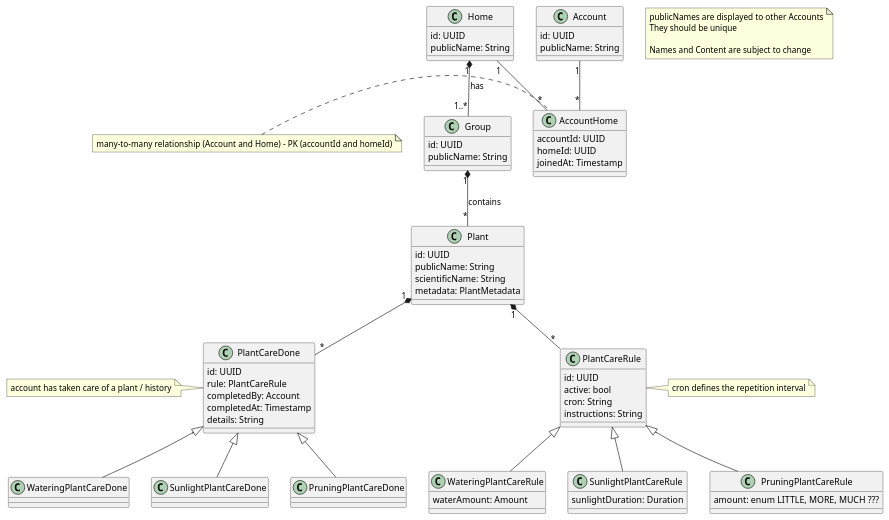
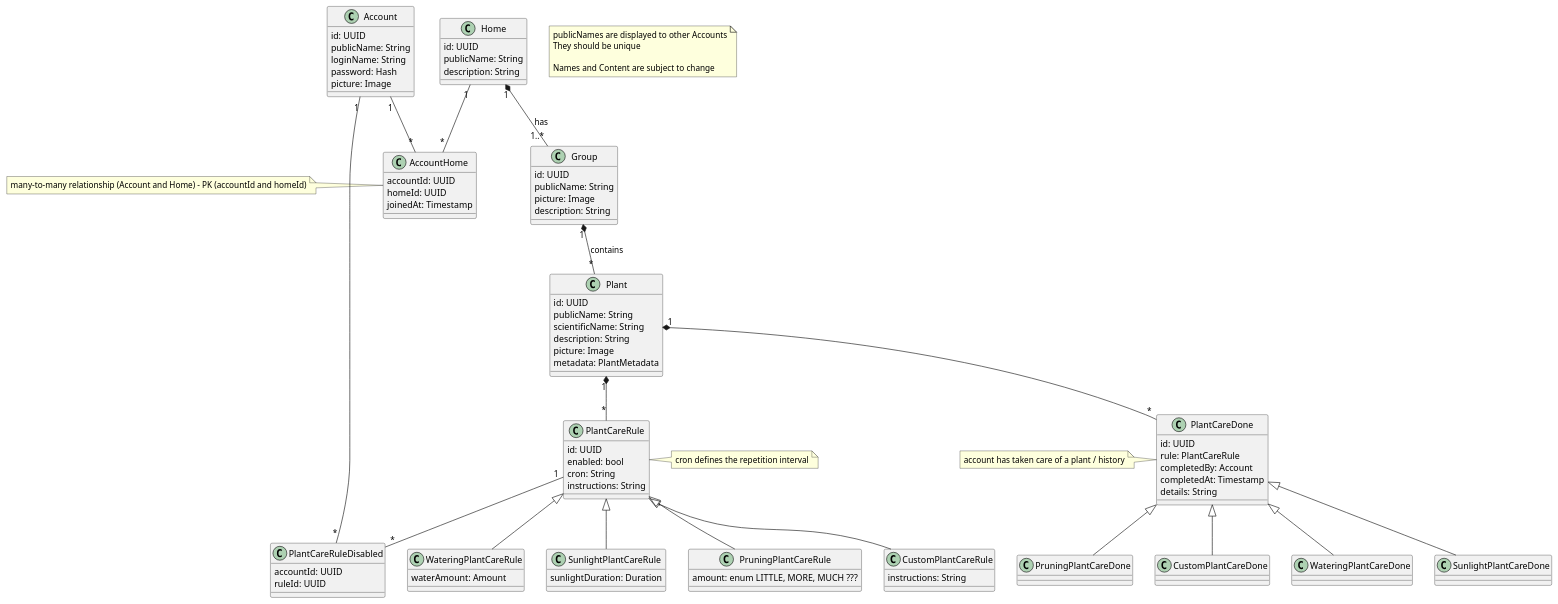
The diagram in docs/ERM.puml (DaniyarSabirov/powerplants), drawn with PlantUML before and after one commit.

```diff
--- a/docs/ERM.puml
+++ b/docs/ERM.puml
@@ -1,90 +1,112 @@
 @startuml
-
 note as N1
   publicNames are displayed to other Accounts
   They should be unique
 
   Names and Content are subject to change
 end note
 
 class Account {
   id: UUID
   publicName: String
+  loginName: String
+  password: Hash
+  picture: Image
 }
 
 class Home {
   id: UUID
   publicName: String
+  description: String
 }
 
 class AccountHome {
   accountId: UUID
   homeId: UUID
   joinedAt: Timestamp
 }
 note left: many-to-many relationship (Account and Home) - PK (accountId and homeId)
 
 class Group {
   id: UUID
   publicName: String
+  picture: Image
+  description: String
 }
 
 class Plant {
   id: UUID
   publicName: String
   scientificName: String
+  description: String
+  picture: Image
   metadata: PlantMetadata
 }
 
 class PlantCareDone {
   id: UUID
   rule: PlantCareRule
   completedBy: Account
   completedAt: Timestamp
   details: String
 }
 note left: account has taken care of a plant / history
 
 class WateringPlantCareDone {}
 
 class SunlightPlantCareDone {}
 
 class PruningPlantCareDone {}
 
+class CustomPlantCareDone {}
+
 class PlantCareRule {
   id: UUID
-  active: bool
+  enabled: bool
   cron: String
   instructions: String
 }
 note right: cron defines the repetition interval
 
 class WateringPlantCareRule {
   waterAmount: Amount
 }
 
 class SunlightPlantCareRule {
   sunlightDuration: Duration
 }
 
 class PruningPlantCareRule {
   amount: enum LITTLE, MORE, MUCH ???
 }
 
+class CustomPlantCareRule {
+  instructions: String
+}
+
+class PlantCareRuleDisabled {
+  accountId: UUID
+  ruleId: UUID
+}
+
 Account "1" -- "*" AccountHome
 Home "1" -- "*" AccountHome
 Home "1" *-- "1..*" Group : has
 Group "1" *-- "*" Plant : contains
 
 Plant "1" *-- "*" PlantCareDone
 Plant "1" *-- "*" PlantCareRule
 
 PlantCareDone <|-- WateringPlantCareDone
 PlantCareDone <|-- SunlightPlantCareDone
 PlantCareDone <|-- PruningPlantCareDone
+PlantCareDone <|-- CustomPlantCareDone
 
 PlantCareRule <|-- WateringPlantCareRule
 PlantCareRule <|-- SunlightPlantCareRule
 PlantCareRule <|-- PruningPlantCareRule
+PlantCareRule <|-- CustomPlantCareRule
 
+Account "1" -- "*" PlantCareRuleDisabled
+PlantCareRule "1" -- "*" PlantCareRuleDisabled
 @enduml
```
